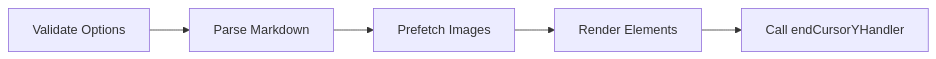
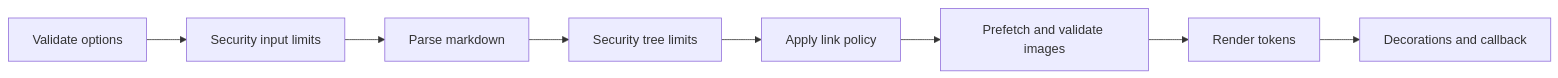
The diagram in docs-site/api/MdTextRender.md (JeelGajera/jspdf-md-renderer), drawn with Mermaid before and after one commit. The commit also changed other lines of this file and 30 other files, not shown here.

````diff
--- a/docs-site/api/MdTextRender.md
+++ b/docs-site/api/MdTextRender.md
@@ -43,7 +33,10 @@
 ```mermaid
 flowchart LR
-  A[Validate Options] --> B[Parse Markdown]
-  B --> C[Prefetch Images]
-  C --> D[Render Elements]
-  D --> E[Call endCursorYHandler]
+  A[Validate options] --> B[Security input limits]
+  B --> C[Parse markdown]
+  C --> D[Security tree limits]
+  D --> E[Apply link policy]
+  E --> F[Prefetch and validate images]
+  F --> G[Render tokens]
+  G --> H[Decorations and callback]
 ```
````
